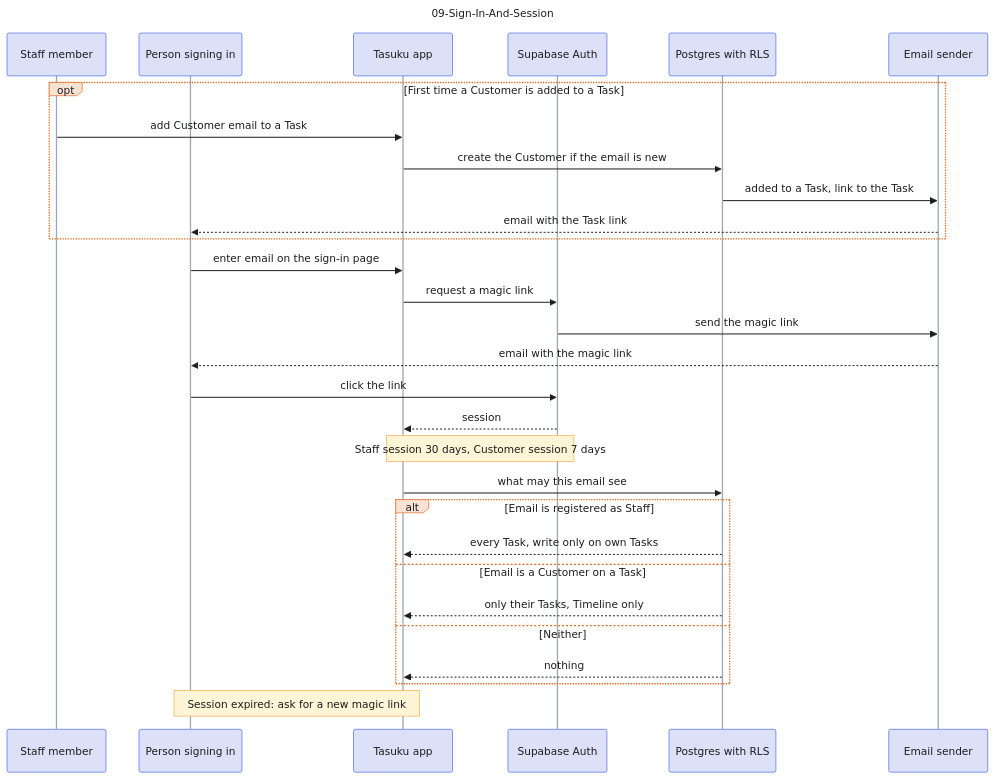
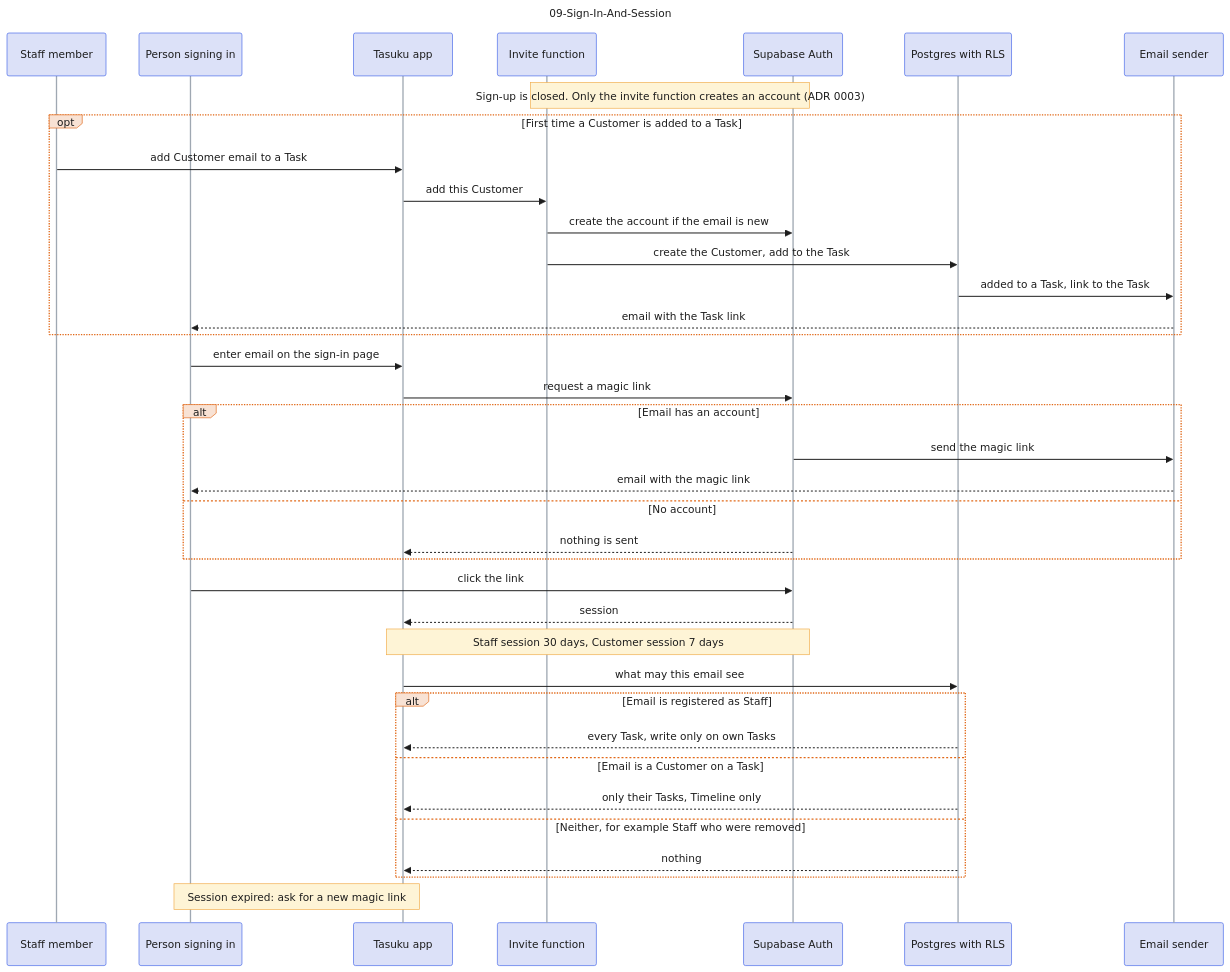
The diagram in docs/diagram/09-Sign-In-And-Session.md (jedt3d/tasuku), drawn with Mermaid before and after one commit. The commit also changed other lines of this file and 19 other files, not shown here.

First line of the commit message:
docs: settle the open diagram gaps and close sign-up

```diff
--- a/docs/diagram/09-Sign-In-And-Session.md
+++ b/docs/diagram/09-Sign-In-And-Session.md
@@ -82,19 +82,27 @@
   participant Staff as Staff member
   participant P as Person signing in
   participant App as Tasuku app
+  participant Fn as Invite function
   participant Auth as Supabase Auth
   participant DB as Postgres with RLS
   participant Mail as Email sender
+  Note over Fn,Auth: Sign-up is closed. Only the invite function creates an account (ADR 0003)
   opt First time a Customer is added to a Task
     Staff->>App: add Customer email to a Task
-    App->>DB: create the Customer if the email is new
+    App->>Fn: add this Customer
+    Fn->>Auth: create the account if the email is new
+    Fn->>DB: create the Customer, add to the Task
     DB->>Mail: added to a Task, link to the Task
     Mail-->>P: email with the Task link
   end
   P->>App: enter email on the sign-in page
   App->>Auth: request a magic link
-  Auth->>Mail: send the magic link
-  Mail-->>P: email with the magic link
+  alt Email has an account
+    Auth->>Mail: send the magic link
+    Mail-->>P: email with the magic link
+  else No account
+    Auth-->>App: nothing is sent
+  end
   P->>Auth: click the link
   Auth-->>App: session
   Note over Auth,App: Staff session 30 days, Customer session 7 days
@@ -103,7 +111,7 @@
     DB-->>App: every Task, write only on own Tasks
   else Email is a Customer on a Task
     DB-->>App: only their Tasks, Timeline only
-  else Neither
+  else Neither, for example Staff who were removed
     DB-->>App: nothing
   end
   Note over P,App: Session expired: ask for a new magic link
```
